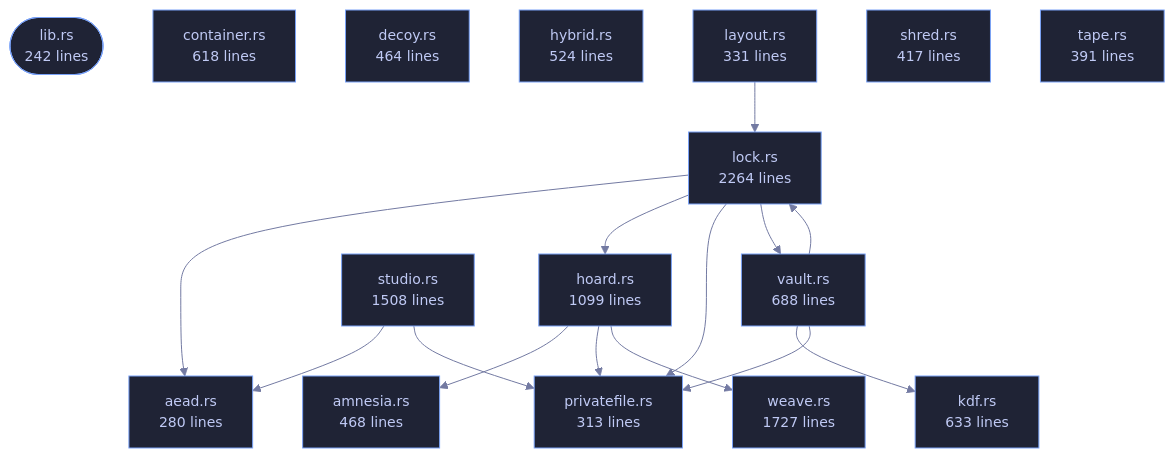
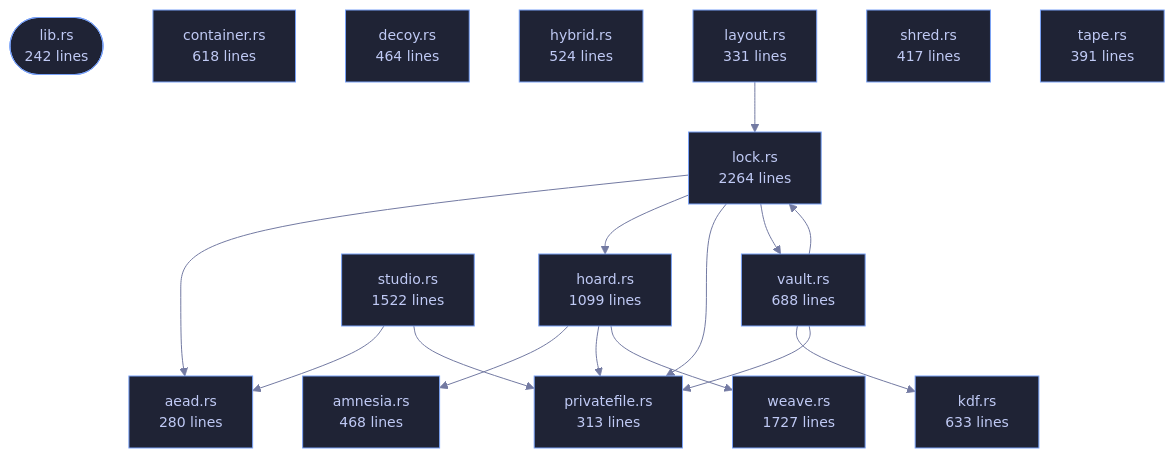
Before and after one commit to tilas01/veilvoice: the diagram in crates/veilvoice-crypto/README.md, drawn with Mermaid. The commit also changed other lines of this file and 43 other files, not shown here.

````diff
--- a/crates/veilvoice-crypto/README.md
+++ b/crates/veilvoice-crypto/README.md
@@ -108,49 +108,49 @@
 ```mermaid
 %%{init: {"theme":"base","themeVariables":{"background":"#1a1b26","primaryColor":"#1f2335","primaryTextColor":"#c0caf5","primaryBorderColor":"#7aa2f7","secondaryColor":"#16161e","tertiaryColor":"#16161e","lineColor":"#737aa2","textColor":"#c0caf5","mainBkg":"#1f2335","nodeBorder":"#7aa2f7","clusterBkg":"#16161e","clusterBorder":"#2f3549","fontFamily":"ui-monospace, SFMono-Regular, Consolas, monospace","fontSize":"14px"}}}%%
 flowchart TD
     n_lib(["lib.rs<br/>242 lines"])
     n_aead["aead.rs<br/>280 lines"]
     n_amnesia["amnesia.rs<br/>468 lines"]
     n_container["container.rs<br/>618 lines"]
     n_decoy["decoy.rs<br/>464 lines"]
     n_hoard["hoard.rs<br/>1099 lines"]
     n_hybrid["hybrid.rs<br/>524 lines"]
     n_kdf["kdf.rs<br/>633 lines"]
     n_layout["layout.rs<br/>331 lines"]
     n_lock["lock.rs<br/>2264 lines"]
     n_privatefile["privatefile.rs<br/>313 lines"]
     n_shred["shred.rs<br/>417 lines"]
-    n_studio["studio.rs<br/>1508 lines"]
+    n_studio["studio.rs<br/>1522 lines"]
     n_tape["tape.rs<br/>391 lines"]
     n_vault["vault.rs<br/>688 lines"]
     n_weave["weave.rs<br/>1727 lines"]
     n_hoard --> n_amnesia
     n_hoard --> n_privatefile
     n_hoard --> n_weave
     n_layout --> n_lock
     n_lock --> n_aead
     n_lock --> n_hoard
     n_lock --> n_privatefile
     n_lock --> n_vault
     n_studio --> n_aead
     n_studio --> n_privatefile
     n_vault --> n_kdf
     n_vault --> n_lock
     n_vault --> n_privatefile
     click n_lib href "https://github.com/tilas01/veilvoice/blob/main/crates/veilvoice-crypto/src/lib.rs" "open the source"
     click n_aead href "https://github.com/tilas01/veilvoice/blob/main/crates/veilvoice-crypto/src/aead.rs" "open the source"
     click n_amnesia href "https://github.com/tilas01/veilvoice/blob/main/crates/veilvoice-crypto/src/amnesia.rs" "open the source"
     click n_container href "https://github.com/tilas01/veilvoice/blob/main/crates/veilvoice-crypto/src/container.rs" "open the source"
     click n_decoy href "https://github.com/tilas01/veilvoice/blob/main/crates/veilvoice-crypto/src/decoy.rs" "open the source"
     click n_hoard href "https://github.com/tilas01/veilvoice/blob/main/crates/veilvoice-crypto/src/hoard.rs" "open the source"
     click n_hybrid href "https://github.com/tilas01/veilvoice/blob/main/crates/veilvoice-crypto/src/hybrid.rs" "open the source"
     click n_kdf href "https://github.com/tilas01/veilvoice/blob/main/crates/veilvoice-crypto/src/kdf.rs" "open the source"
     click n_layout href "https://github.com/tilas01/veilvoice/blob/main/crates/veilvoice-crypto/src/layout.rs" "open the source"
     click n_lock href "https://github.com/tilas01/veilvoice/blob/main/crates/veilvoice-crypto/src/lock.rs" "open the source"
     click n_privatefile href "https://github.com/tilas01/veilvoice/blob/main/crates/veilvoice-crypto/src/privatefile.rs" "open the source"
     click n_shred href "https://github.com/tilas01/veilvoice/blob/main/crates/veilvoice-crypto/src/shred.rs" "open the source"
     click n_studio href "https://github.com/tilas01/veilvoice/blob/main/crates/veilvoice-crypto/src/studio.rs" "open the source"
     click n_tape href "https://github.com/tilas01/veilvoice/blob/main/crates/veilvoice-crypto/src/tape.rs" "open the source"
     click n_vault href "https://github.com/tilas01/veilvoice/blob/main/crates/veilvoice-crypto/src/vault.rs" "open the source"
     click n_weave href "https://github.com/tilas01/veilvoice/blob/main/crates/veilvoice-crypto/src/weave.rs" "open the source"
 ```
````
